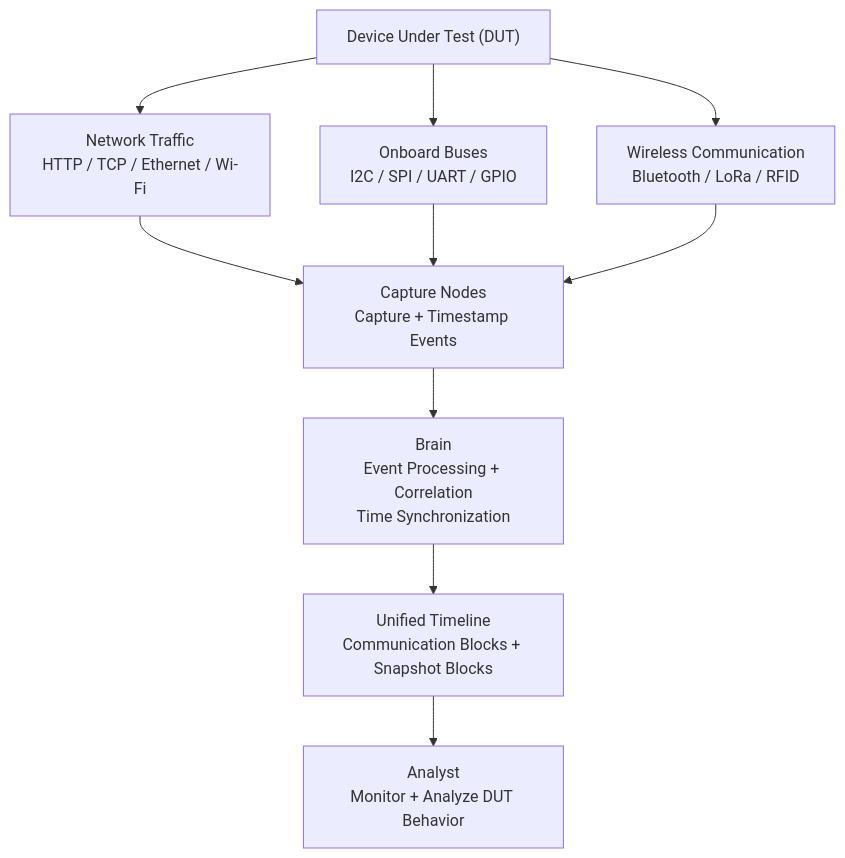
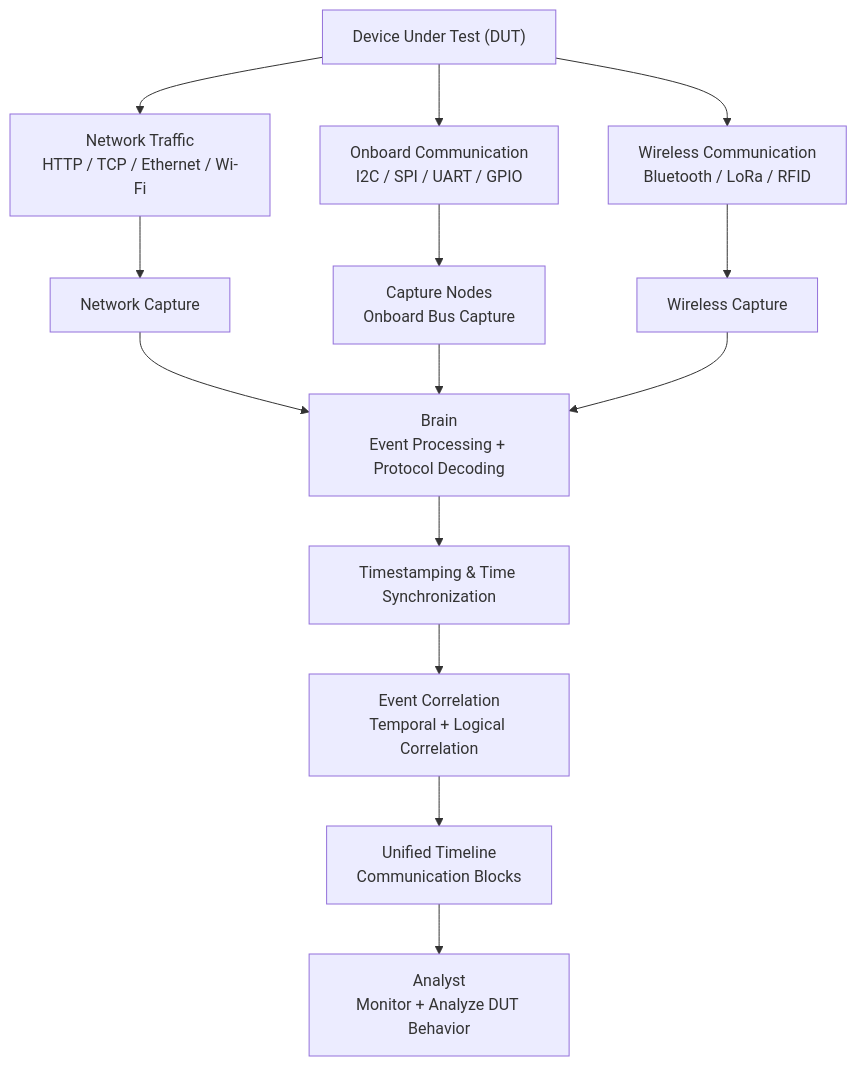
The first of 4 diagrams in docs/01_Requirements/01_SysRS/01_Functional_Requirements.md (EG-ETCS/wiresploit), drawn with Mermaid before and after one commit. The commit also changed other lines of this file, not shown here.

Commit message:
Update BR-MON monitoring requirements and diagrams

````diff
--- a/docs/01_Requirements/01_SysRS/01_Functional_Requirements.md
+++ b/docs/01_Requirements/01_SysRS/01_Functional_Requirements.md
@@ -13,29 +14,39 @@
 ```mermaid
 flowchart TD
+    DUT["Device Under Test (DUT)"]
+    NET["Network Traffic<br/>HTTP / TCP / Ethernet / Wi-Fi"]
 
-    DUT["Device Under Test (DUT)"]
+    BUS["Onboard Communication<br/>I2C / SPI / UART / GPIO"]
 
-    NET["Network Traffic<br/>HTTP / TCP / Ethernet / Wi-Fi"]
-    BUS["Onboard Buses<br/>I2C / SPI / UART / GPIO"]
     WIRELESS["Wireless Communication<br/>Bluetooth / LoRa / RFID"]
 
-    CN["Capture Nodes<br/>Capture + Timestamp Events"]
+    NET_CAPTURE["Network Capture"]
 
-    BRAIN["Brain<br/>Event Processing + Correlation<br/>Time Synchronization"]
+    CN["Capture Nodes<br/>Onboard Bus Capture"]
 
-    TIMELINE["Unified Timeline<br/>Communication Blocks + Snapshot Blocks"]
+    WIRELESS_CAPTURE["Wireless Capture"]
+
+    BRAIN["Brain<br/>Event Processing + Protocol Decoding"]
+
+    TIMESTAMP["Timestamping & Time Synchronization"]
+
+    CORRELATION["Event Correlation<br/>Temporal + Logical Correlation"]
+
+    TIMELINE["Unified Timeline<br/>Communication Blocks"]
 
     ANALYST["Analyst<br/>Monitor + Analyze DUT Behavior"]
 
     DUT --> NET
     DUT --> BUS
     DUT --> WIRELESS
-
-    NET --> CN
+    NET --> NET_CAPTURE
     BUS --> CN
-    WIRELESS --> CN
-
+    WIRELESS --> WIRELESS_CAPTURE
+    NET_CAPTURE --> BRAIN
     CN --> BRAIN
-    BRAIN --> TIMELINE
+    WIRELESS_CAPTURE --> BRAIN
+    BRAIN --> TIMESTAMP
+    TIMESTAMP --> CORRELATION
+    CORRELATION --> TIMELINE
     TIMELINE --> ANALYST
 ```
````
